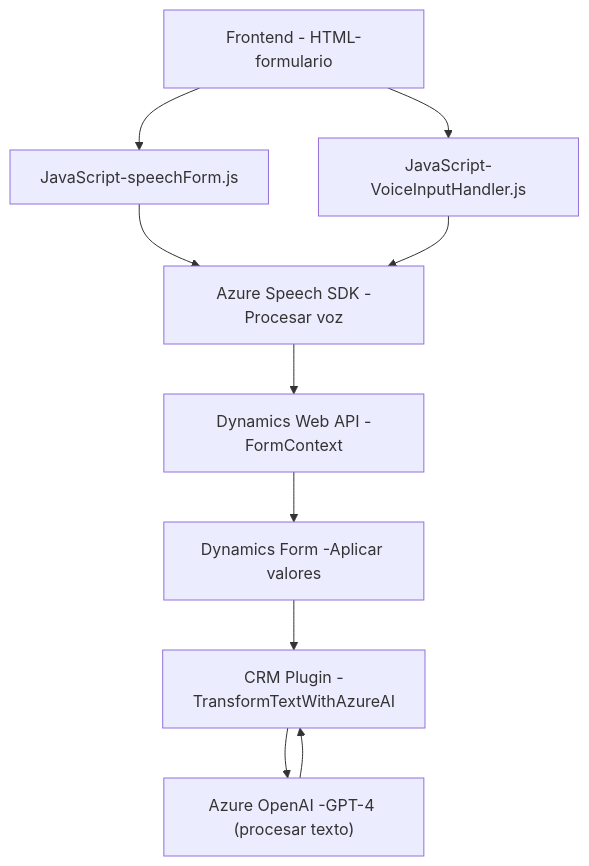
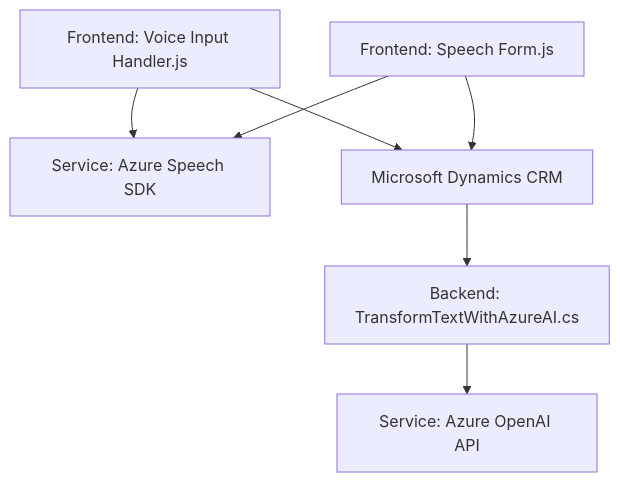
The diagram in README.md (blopezdm/NETCORE_BILBAO2025), drawn with Mermaid before and after one commit. The commit also changed other lines of this file, not shown here.

````diff
--- a/README.md
+++ b/README.md
@@ -47,12 +46,16 @@
 ```mermaid
 graph TD
-    A["Frontend - HTML-formulario"] --> B["JavaScript-VoiceInputHandler.js"]
-    A --> C["JavaScript-speechForm.js"]
-    C --> D["Azure Speech SDK -Procesar voz"]
+    A["Frontend: Voice Input Handler.js"]
+    B["Frontend: Speech Form.js"]
+    C["Backend: TransformTextWithAzureAI.cs"]
+    D["Service: Azure Speech SDK"]
+    E["Service: Azure OpenAI API"]
+    F["Microsoft Dynamics CRM"]
+
+    A --> D
+    A --> F
     B --> D
-    D --> E["Dynamics Web API -FormContext"]
-    E --> F["Dynamics Form -Aplicar valores"]
-    F --> G["CRM Plugin -TransformTextWithAzureAI"]
-    G --> H["Azure OpenAI -GPT-4 (procesar texto)"]
-    H --> G
+    B --> F
+    C --> E
+    F --> C
 ```
````
